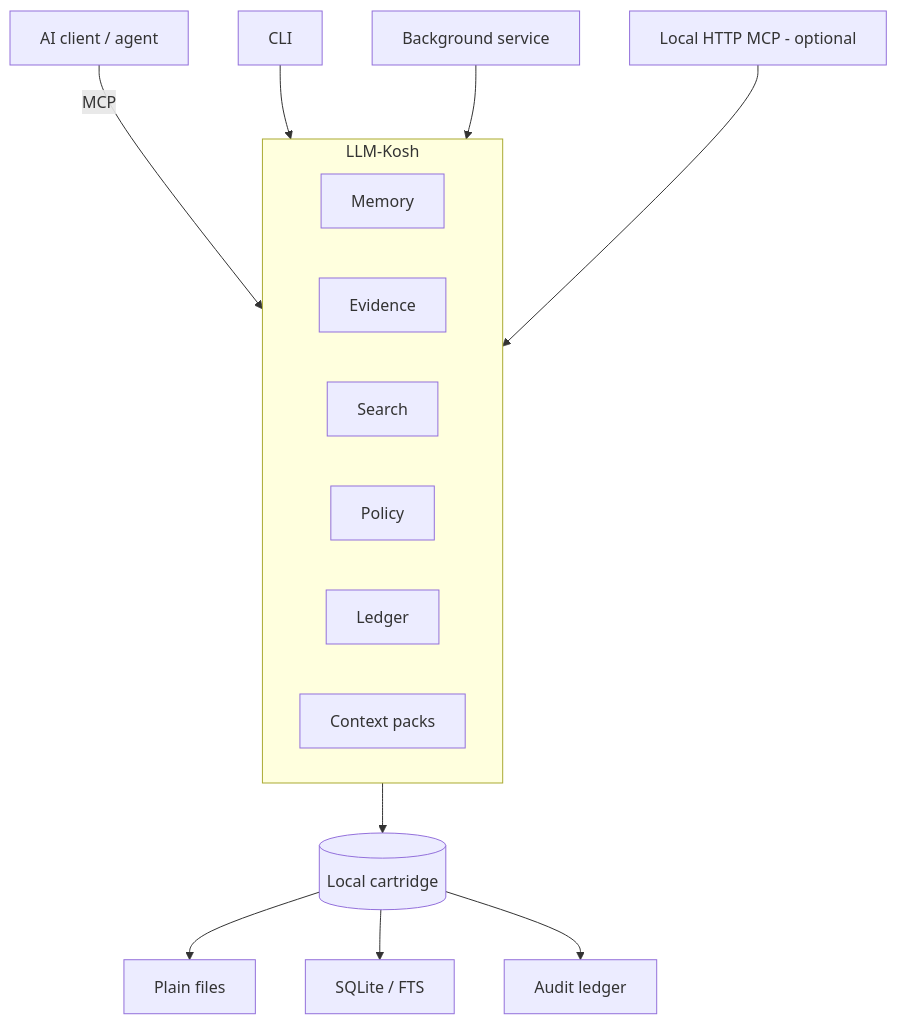
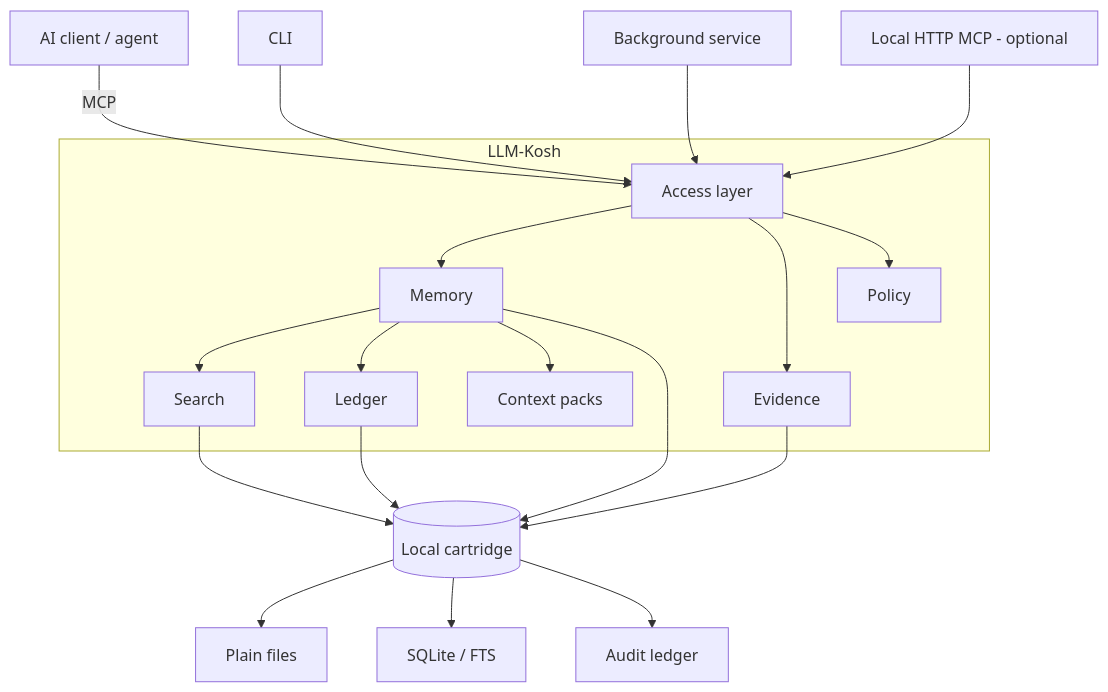
The diagram in README.md (rastogivaibhav/llm-kosh), drawn with Mermaid before and after one commit. The commit also changed other lines of this file, not shown here.

````diff
--- a/README.md
+++ b/README.md
@@ -57,22 +59,32 @@
 ```mermaid
 flowchart TB
-    A[AI client / agent] -->|MCP| B[LLM-Kosh]
+    A[AI client / agent] -->|MCP| R[Access layer]
+    M[CLI] --> R
+    N[Background service] --> R
+    O[Local HTTP MCP - optional] --> R
 
-    subgraph B[LLM-Kosh]
+    subgraph KOSH[LLM-Kosh]
+      R
       C[Memory]
       D[Evidence]
       E[Search]
       F[Policy]
       G[Ledger]
       H[Context packs]
+
+      R --> C
+      R --> D
+      R --> F
+      C --> E
+      C --> G
+      C --> H
     end
 
-    B --> I[(Local cartridge)]
+    C --> I[(Local cartridge)]
+    D --> I
+    E --> I
+    G --> I
     I --> J[Plain files]
     I --> K[SQLite / FTS]
     I --> L[Audit ledger]
-
-    M[CLI] --> B
-    N[Background service] --> B
-    O[Local HTTP MCP - optional] --> B
 ```
````
